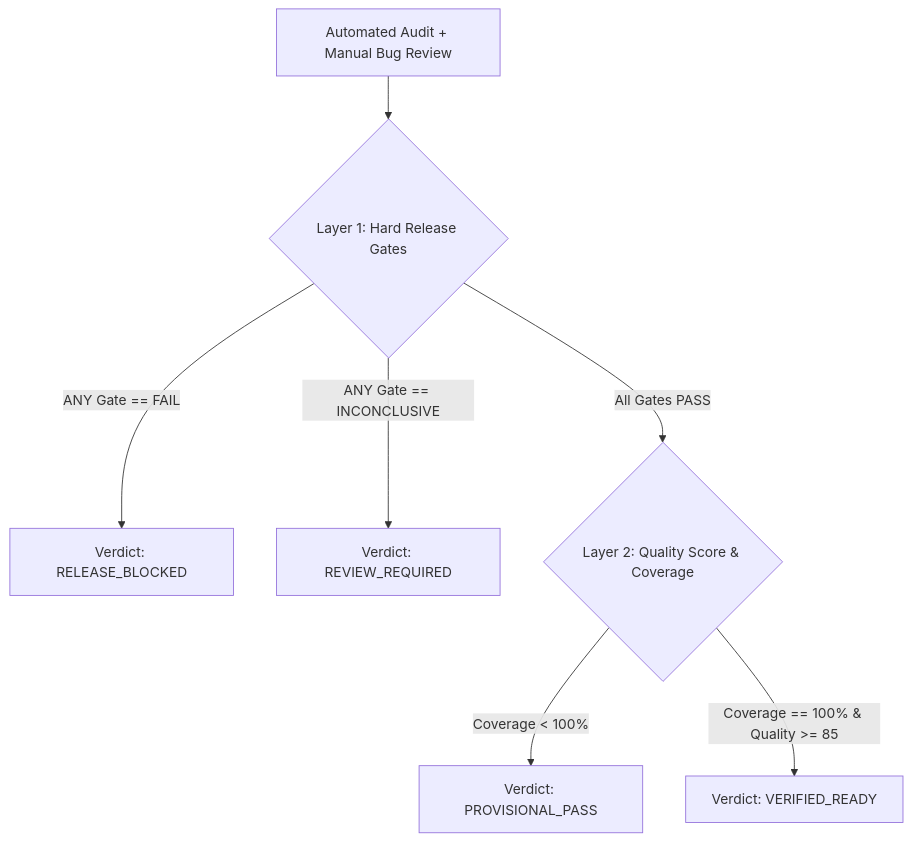
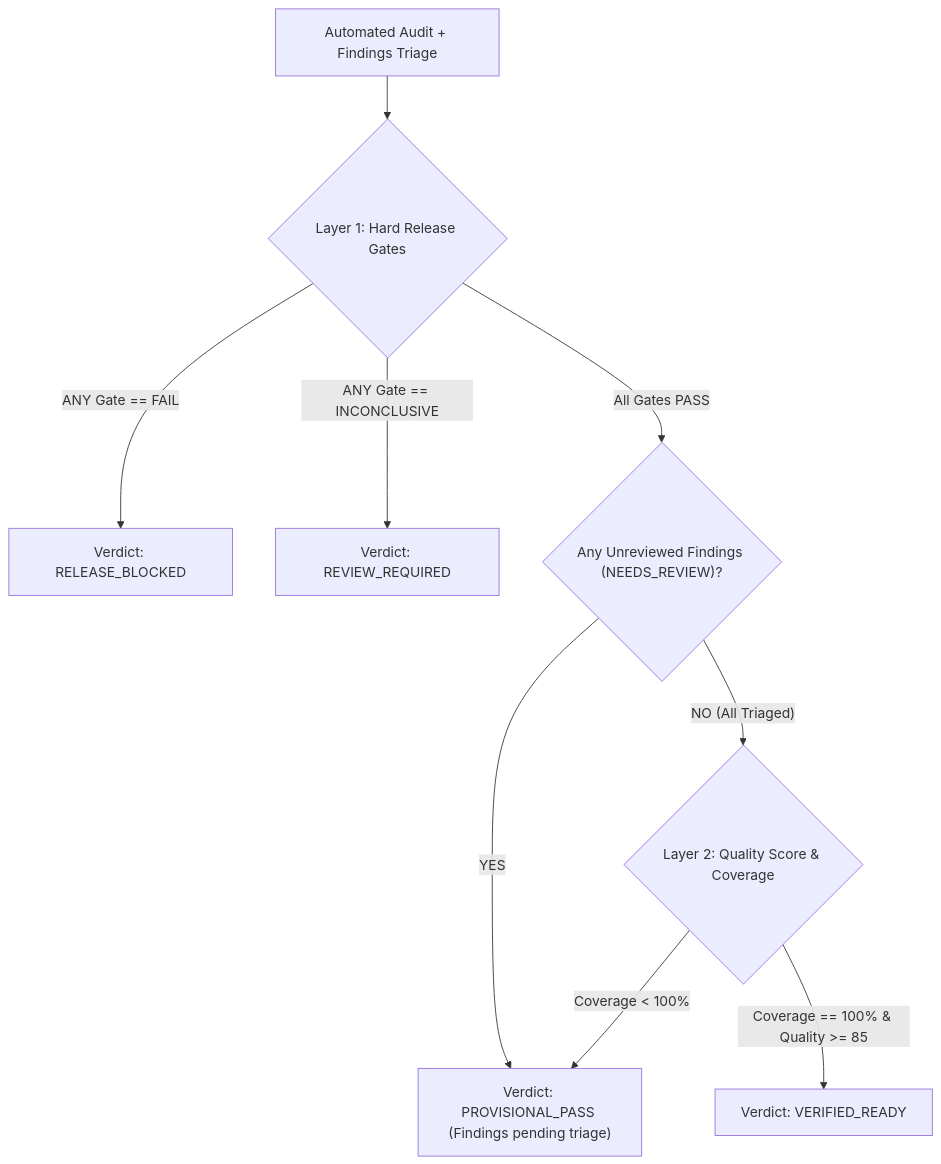
Before and after one commit to skandachandrashekar335-wq/ReleaseLens: the diagram in docs/RQI_SCORING.md, drawn with Mermaid. The commit also changed other lines of this file and 6 other files, not shown here.

````diff
--- a/docs/RQI_SCORING.md
+++ b/docs/RQI_SCORING.md
@@ -15,9 +15,11 @@
 ```mermaid
 flowchart TD
-    Audit["Automated Audit + Manual Bug Review"] --> GateCheck{"Layer 1: Hard Release Gates"}
+    Run["Automated Audit + Findings Triage"] --> GateCheck{"Layer 1: Hard Release Gates"}
     GateCheck -->|"ANY Gate == FAIL"| Blocked["Verdict: RELEASE_BLOCKED"]
     GateCheck -->|"ANY Gate == INCONCLUSIVE"| Review["Verdict: REVIEW_REQUIRED"]
-    GateCheck -->|"All Gates PASS"| ScoreCheck{"Layer 2: Quality Score & Coverage"}
-    ScoreCheck -->|"Coverage < 100%"| Provisional["Verdict: PROVISIONAL_PASS"]
+    GateCheck -->|"All Gates PASS"| TriageCheck{"Any Unreviewed Findings (NEEDS_REVIEW)?"}
+    TriageCheck -->|"YES"| Provisional["Verdict: PROVISIONAL_PASS (Findings pending triage)"]
+    TriageCheck -->|"NO (All Triaged)"| ScoreCheck{"Layer 2: Quality Score & Coverage"}
+    ScoreCheck -->|"Coverage < 100%"| Provisional
     ScoreCheck -->|"Coverage == 100% & Quality >= 85"| Ready["Verdict: VERIFIED_READY"]
 ```
````
